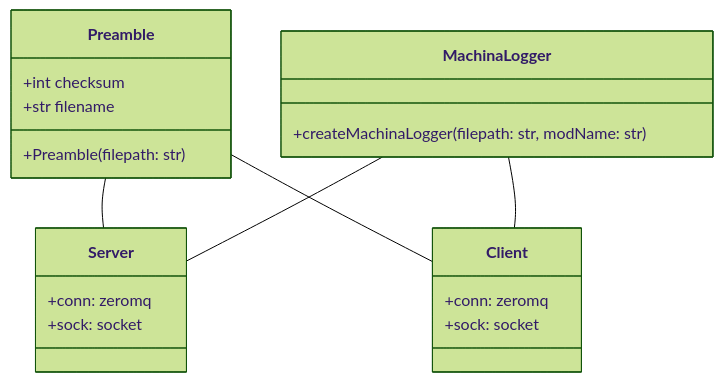
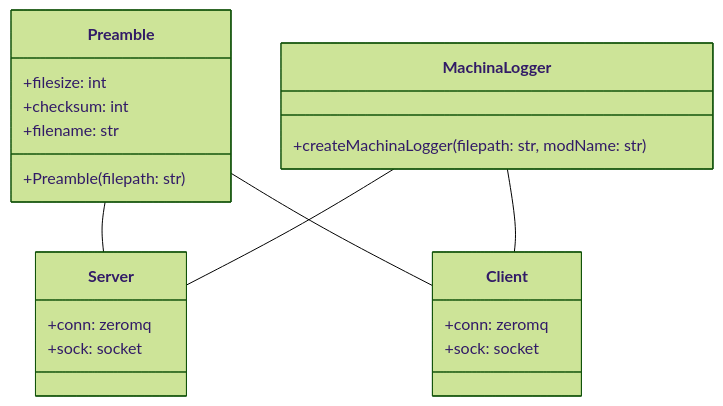
One commit to sletzer/machina_network_interview_takehome changed the first of 2 diagrams in src/README.md. Above: the diagram before and after it, drawn with Mermaid (forest theme). The commit also changed other lines of this file and 3 other files, not shown here.

````diff
--- a/src/README.md
+++ b/src/README.md
@@ -15,23 +128,24 @@
 ```mermaid
 classDiagram
     Preamble--Server
     Preamble--Client
     MachinaLogger--Server
     MachinaLogger--Client
     class Preamble {
-        +int checksum
-        +str filename
+        +filesize: int
+        +checksum: int
+        +filename: str
         +Preamble(filepath: str)
     }
     class MachinaLogger{
         +createMachinaLogger(filepath: str, modName: str)
     }
     class Server {
         +conn: zeromq
         +sock: socket
     }
     class Client {
         +conn: zeromq
         +sock: socket
     }
 ```
````
